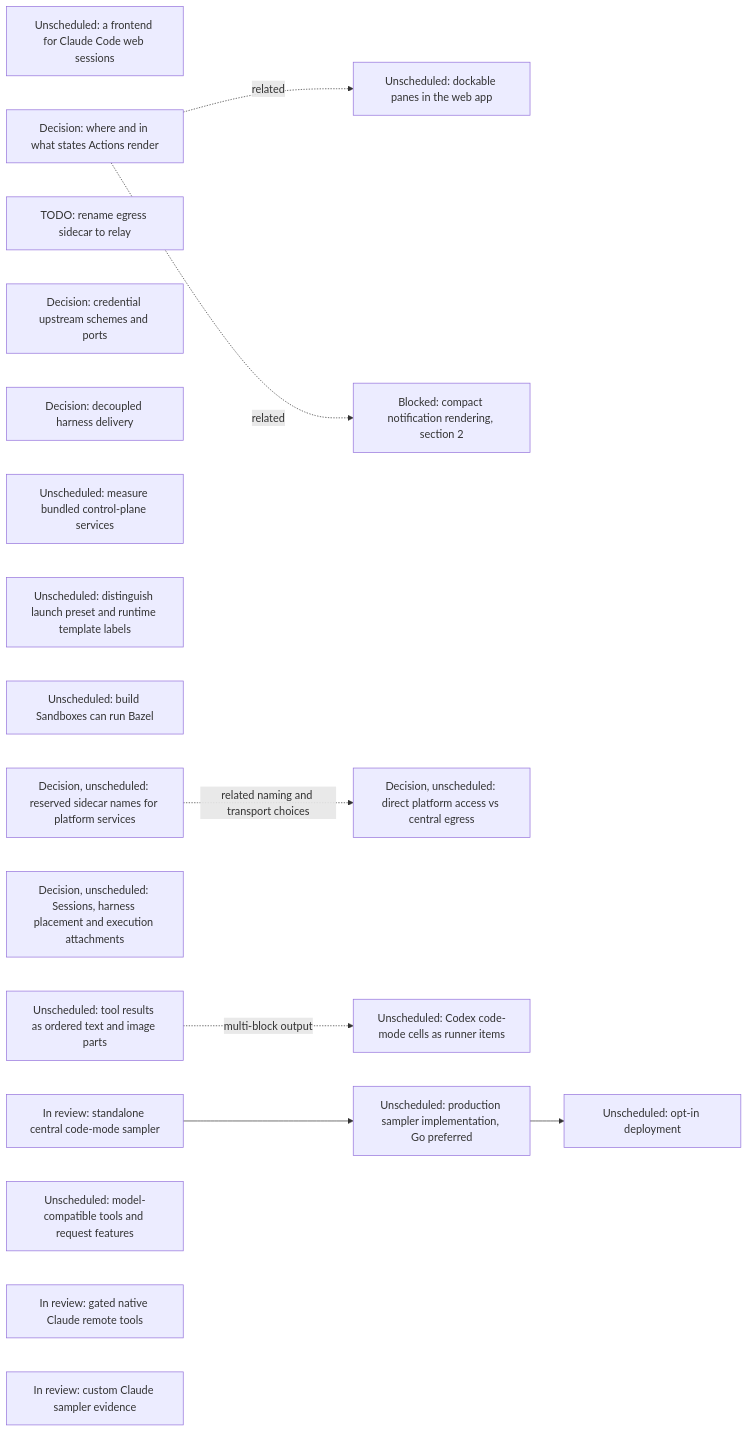
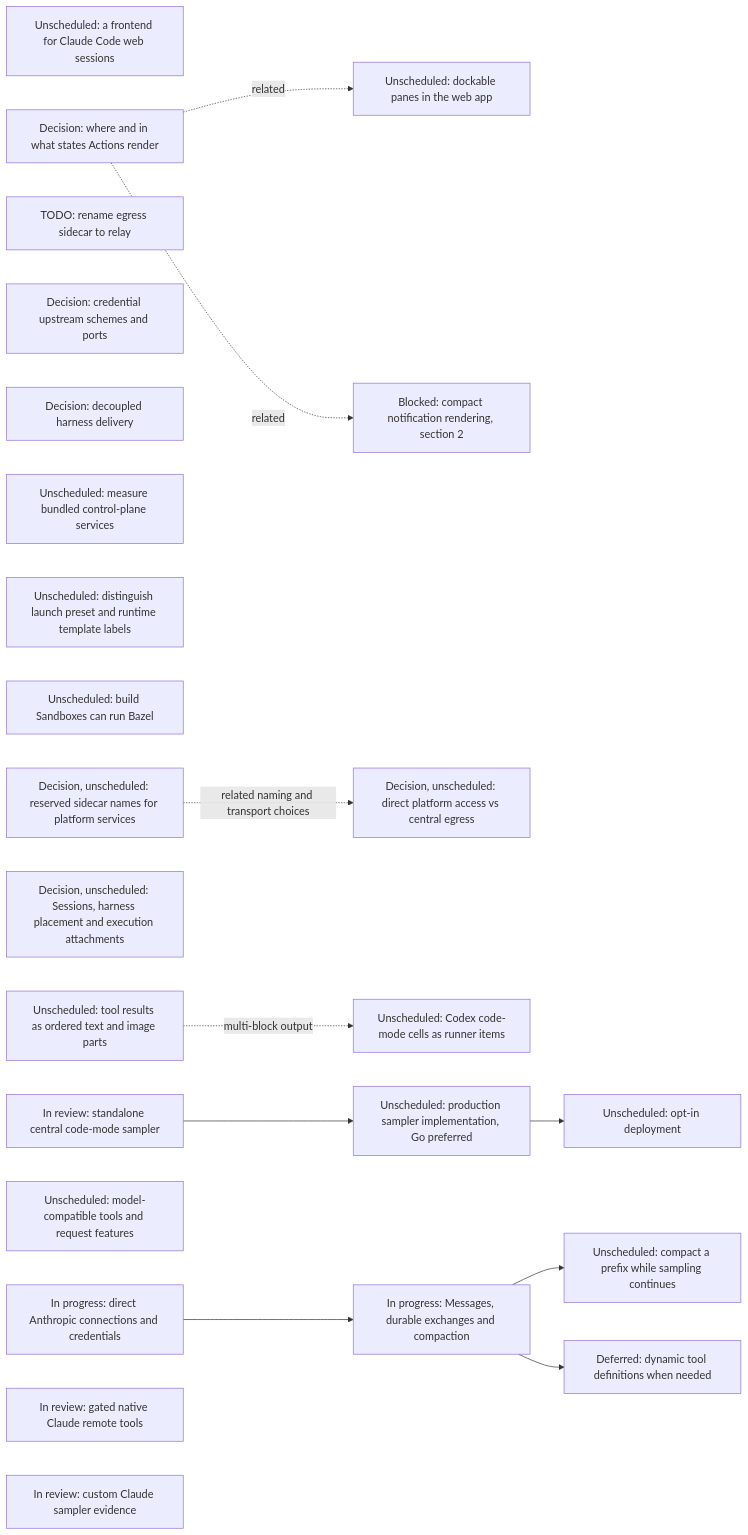
One commit to agentydragon/ducktape changed the sixth of 17 diagrams in agentplane/plans/task_dag.md. Above: the diagram before and after it, drawn with Mermaid. The commit also changed other lines of this file and 48 other files, not shown here.

Commit message:
feat(agentplane): sample native Anthropic Messages with durable compaction

````diff
--- a/agentplane/plans/task_dag.md
+++ b/agentplane/plans/task_dag.md
@@ -545,27 +545,31 @@
 ```mermaid
 flowchart LR
     CLAUDE_CODE_WEB_BRIDGE[Unscheduled: a frontend for Claude Code web sessions]
     ACTION_SURFACES_DESIGN[Decision: where and in what states Actions render]
     EGRESS_RELAY_RENAME[TODO: rename egress sidecar to relay]
     EGRESS_CREDENTIAL_TRANSPORT_DESIGN[Decision: credential upstream schemes and ports]
     RUNNER_HARNESS_DELIVERY_DESIGN[Decision: decoupled harness delivery]
     K3S_BUNDLED_SERVICES_SPIKE[Unscheduled: measure bundled control-plane services]
     DOCKABLE_PANES[Unscheduled: dockable panes in the web app]
     ACTION_SURFACES_DESIGN -. related .-> DOCKABLE_PANES
     NOTIFICATION_PRESENTATION[Blocked: compact notification rendering, section 2]
     ACTION_SURFACES_DESIGN -. related .-> NOTIFICATION_PRESENTATION
     SANDBOX_FORM_TERMINOLOGY[Unscheduled: distinguish launch preset and runtime template labels]
     BUILD_BOX_BAZEL[Unscheduled: build Sandboxes can run Bazel]
     PLATFORM_SERVICE_NAMES_DESIGN[Decision, unscheduled: reserved sidecar names for platform services]
     PLATFORM_SERVICE_ROUTING_DESIGN[Decision, unscheduled: direct platform access vs central egress]
     PLATFORM_SERVICE_NAMES_DESIGN -. related naming and transport choices .-> PLATFORM_SERVICE_ROUTING_DESIGN
     SESSION_RUNTIME_MODEL_DESIGN[Decision, unscheduled: Sessions, harness placement and execution attachments]
     STRUCTURED_TOOL_OUTPUT[Unscheduled: tool results as ordered text and image parts]
     STRUCTURED_TOOL_OUTPUT -. multi-block output .-> CODEX_CODE_MODE_CELLS[Unscheduled: Codex code-mode cells as runner items]
     CENTRAL_SAMPLER_V1[In review: standalone central code-mode sampler]
     CENTRAL_SAMPLER_V1 --> CENTRAL_SAMPLER_PRODUCTION_IMPL[Unscheduled: production sampler implementation, Go preferred]
     CENTRAL_SAMPLER_PRODUCTION_IMPL --> CENTRAL_SAMPLER_DEPLOYMENT[Unscheduled: opt-in deployment]
     CENTRAL_SAMPLER_MODEL_CAPABILITIES[Unscheduled: model-compatible tools and request features]
+    CENTRAL_SAMPLER_ANTHROPIC_ROUTING[In progress: direct Anthropic connections and credentials]
+    CENTRAL_SAMPLER_ANTHROPIC_ROUTING --> CENTRAL_SAMPLER_ANTHROPIC_MESSAGES[In progress: Messages, durable exchanges and compaction]
+    CENTRAL_SAMPLER_ANTHROPIC_MESSAGES --> CENTRAL_SAMPLER_BACKGROUND_COMPACTION[Unscheduled: compact a prefix while sampling continues]
+    CENTRAL_SAMPLER_ANTHROPIC_MESSAGES --> CENTRAL_SAMPLER_DYNAMIC_TOOLS[Deferred: dynamic tool definitions when needed]
     CLAUDE_REMOTE_EXECUTION_SPIKE[In review: gated native Claude remote tools]
     CLAUDE_CUSTOM_SAMPLER[In review: custom Claude sampler evidence]
 ```
````
